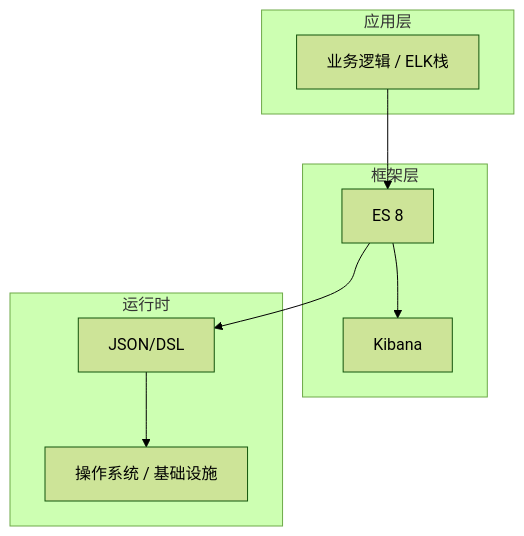
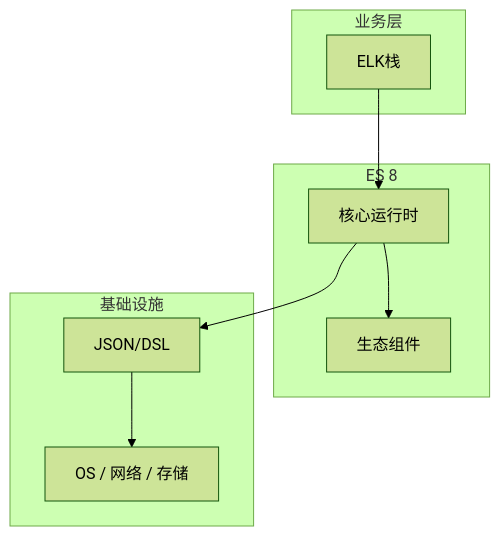
The diagram in articles/Elasticsearch/chapters/089-ELK栈核心概念与原理.md (yanggan2015/knowledge-json-v2), drawn with Mermaid (forest theme) before and after one commit. The commit also changed other lines of this file and 10127 other files, not shown here.

````diff
--- a/articles/Elasticsearch/chapters/089-ELK栈核心概念与原理.md
+++ b/articles/Elasticsearch/chapters/089-ELK栈核心概念与原理.md
@@ -45,18 +34,18 @@
 ```mermaid
 graph TB
-    subgraph 应用层
-        A[业务逻辑 / ELK栈]
+    subgraph 业务层
+        A[ELK栈]
     end
-    subgraph 框架层
-        B[ES 8]
-        C[Kibana]
+    subgraph ES 8
+        B[核心运行时]
+        C[生态组件]
     end
-    subgraph 运行时
+    subgraph 基础设施
         D[JSON/DSL]
-        E[操作系统 / 基础设施]
+        E[OS / 网络 / 存储]
     end
     A --> B
     B --> C
     B --> D
     D --> E
 ```
````
